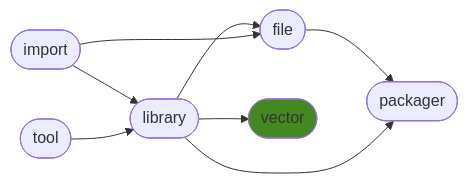
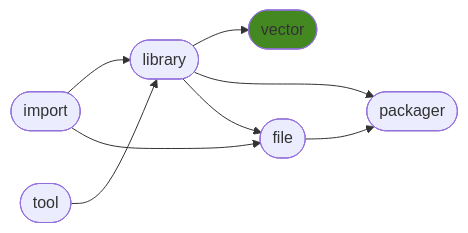
One commit to ManderaGeneral/generalvector changed the diagram in README.md. Above: the diagram before and after it, drawn with Mermaid. The commit also changed other lines of this file, not shown here.

````diff
--- a/README.md
+++ b/README.md
@@ -24,17 +24,17 @@
 ```mermaid
 flowchart LR
+0([import]) --> 2([library])
+0([import]) --> 3([file])
 2([library]) --> 4([vector])
-0([import]) --> 2([library])
+2([library]) --> 5([packager])
+1([tool]) --> 2([library])
+3([file]) --> 5([packager])
 2([library]) --> 3([file])
-3([file]) --> 5([packager])
-1([tool]) --> 2([library])
-0([import]) --> 3([file])
-2([library]) --> 5([packager])
 click 0 "https://github.com/ManderaGeneral/generalimport"
 click 1 "https://github.com/ManderaGeneral/generaltool"
 click 2 "https://github.com/ManderaGeneral/generallibrary"
 click 3 "https://github.com/ManderaGeneral/generalfile"
 click 4 "https://github.com/ManderaGeneral/generalvector"
 click 5 "https://github.com/ManderaGeneral/generalpackager"
 style 4 fill:#482
 ```
````
